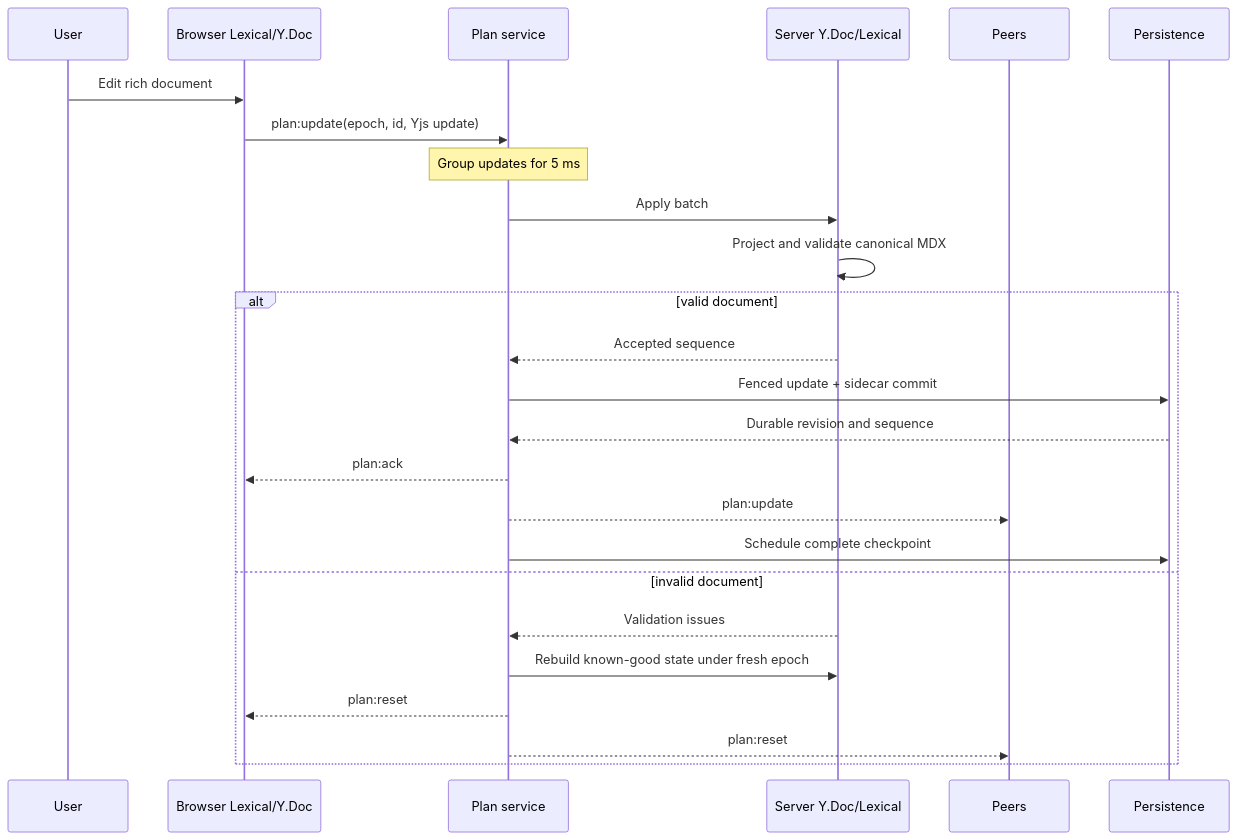
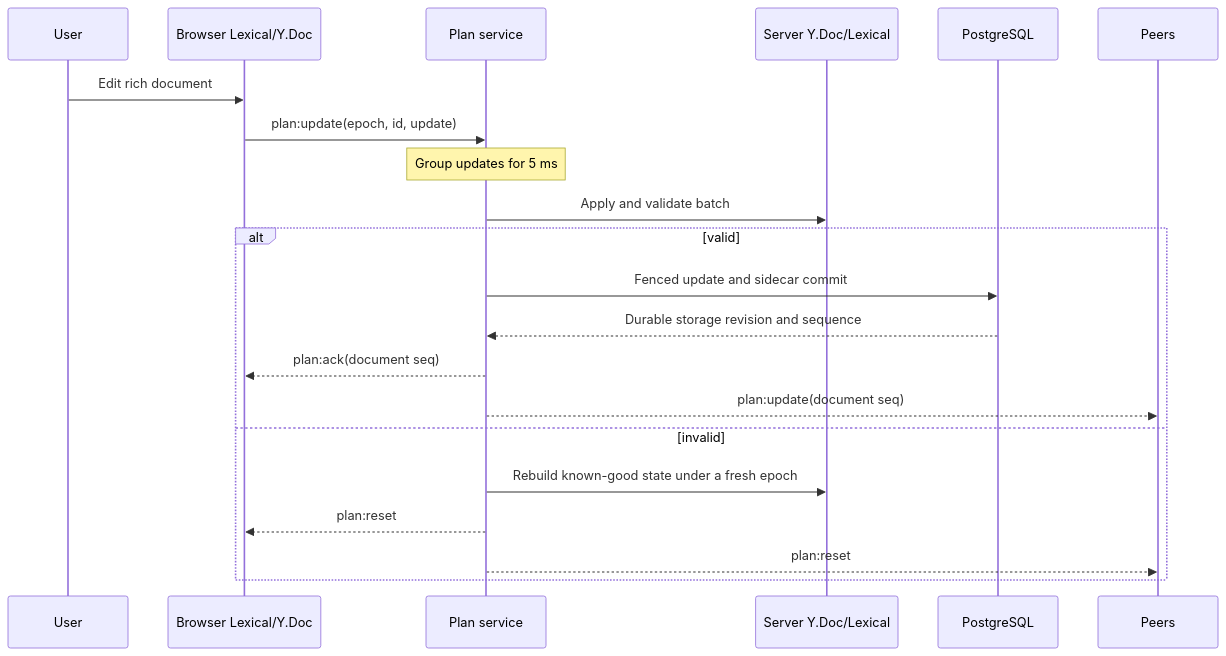
Before and after one commit to githubnext/chopin: the third of 3 diagrams in docs/architecture.md, drawn with Mermaid. The commit also changed other lines of this file and 18 other files, not shown here.

````diff
--- a/docs/architecture.md
+++ b/docs/architecture.md
@@ -71,28 +196,24 @@
 ```mermaid
 sequenceDiagram
 	participant U as User
 	participant B as Browser Lexical/Y.Doc
 	participant S as Plan service
 	participant D as Server Y.Doc/Lexical
+	participant ST as PostgreSQL
 	participant P as Peers
-	participant ST as Persistence
 
 	U->>B: Edit rich document
-	B->>S: plan:update(epoch, id, Yjs update)
+	B->>S: plan:update(epoch, id, update)
 	Note over S: Group updates for 5 ms
-	S->>D: Apply batch
-	D->>D: Project and validate canonical MDX
-	alt valid document
-		D-->>S: Accepted sequence
-		S->>ST: Fenced update + sidecar commit
-		ST-->>S: Durable revision and sequence
-		S-->>B: plan:ack
-		S-->>P: plan:update
-		S->>ST: Schedule complete checkpoint
-	else invalid document
-		D-->>S: Validation issues
-		S->>D: Rebuild known-good state under fresh epoch
+	S->>D: Apply and validate batch
+	alt valid
+		S->>ST: Fenced update and sidecar commit
+		ST-->>S: Durable storage revision and sequence
+		S-->>B: plan:ack(document seq)
+		S-->>P: plan:update(document seq)
+	else invalid
+		S->>D: Rebuild known-good state under a fresh epoch
 		S-->>B: plan:reset
 		S-->>P: plan:reset
 	end
 ```
````
